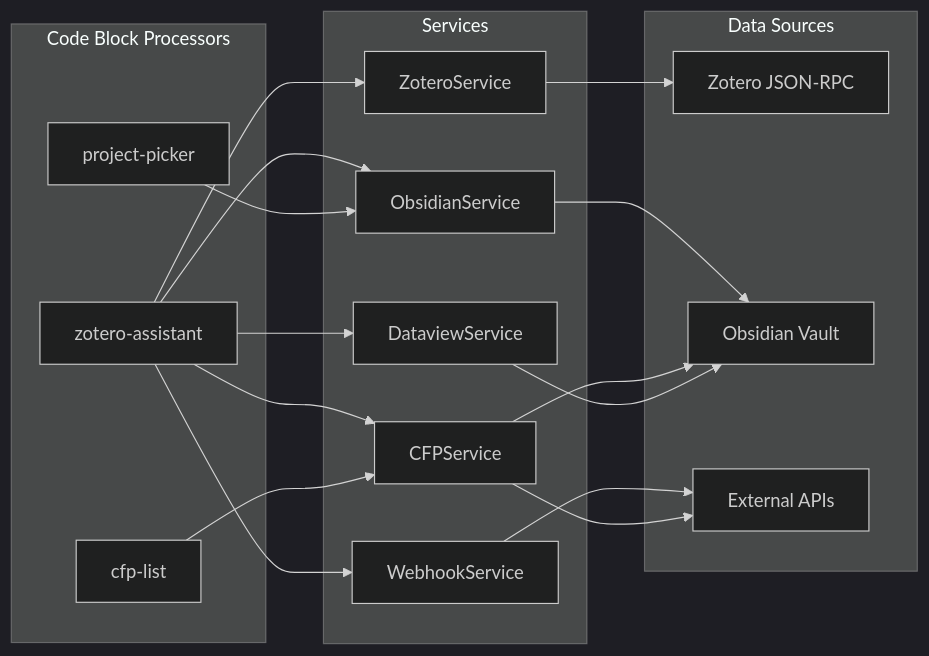
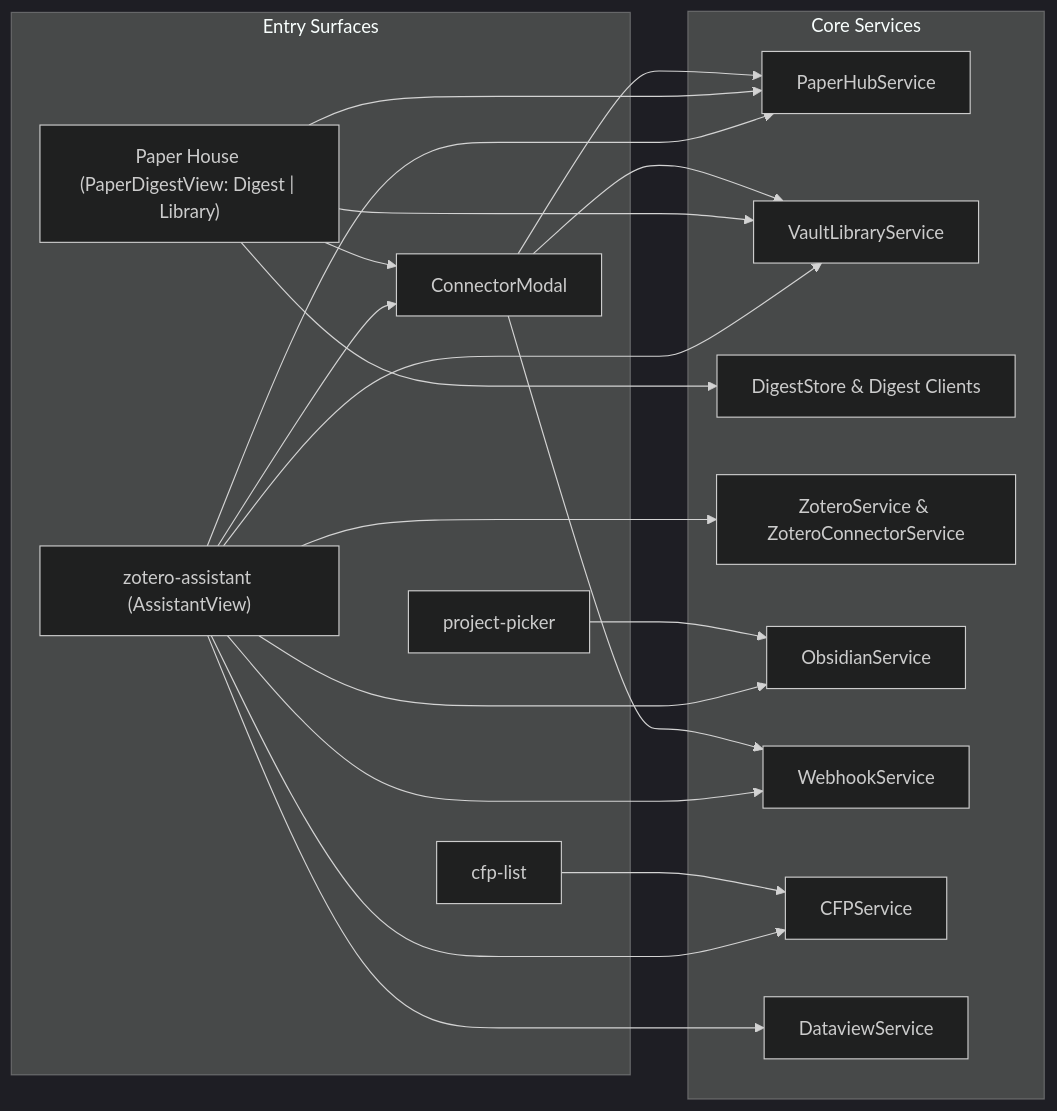
Before and after one commit to stone-home/Obsidian-Plugin-Zotero-Annotations-Reviewer: the second of 5 diagrams in docs/ARCHITECTURE.md, drawn with Mermaid (dark theme). The commit also changed other lines of this file and 122 other files, not shown here.

First line of the commit message:
feat(paper)!: unify Paper House hub, vault-backed templates/prompts, and zotero-assistant panel (#10)

````diff
--- a/docs/ARCHITECTURE.md
+++ b/docs/ARCHITECTURE.md
@@ -101,38 +114,42 @@
 ```mermaid
 flowchart LR
-    subgraph "Code Block Processors"
-        ZA[zotero-assistant]
-        PP[project-picker]
-        CL[cfp-list]
+    subgraph "Entry Surfaces"
+        ZA["zotero-assistant (AssistantView)"]
+        PH["Paper House (PaperDigestView: Digest | Library)"]
+        CM["ConnectorModal"]
+        PP["project-picker"]
+        CL["cfp-list"]
     end
-    
-    subgraph "Services"
-        ZS[ZoteroService]
-        OS[ObsidianService]
-        WS[WebhookService]
-        CS[CFPService]
-        DS[DataviewService]
+
+    subgraph "Core Services"
+        PHS["PaperHubService"]
+        VLS["VaultLibraryService"]
+        DS["DigestStore & Digest Clients"]
+        ZS["ZoteroService & ZoteroConnectorService"]
+        OS["ObsidianService"]
+        WS["WebhookService"]
+        CS["CFPService"]
+        DVS["DataviewService"]
     end
-    
-    subgraph "Data Sources"
-        ZRPC[Zotero JSON-RPC]
-        Vault[Obsidian Vault]
-        ExtAPI[External APIs]
-    end
-    
+
+    ZA --> PHS
+    ZA --> VLS
     ZA --> ZS
     ZA --> OS
     ZA --> WS
     ZA --> CS
-    ZA --> DS
-    
+    ZA --> DVS
+    ZA --> CM
+
+    PH --> DS
+    PH --> PHS
+    PH --> VLS
+    PH --> CM
+
+    CM --> PHS
+    CM --> VLS
+    CM --> WS
+
     PP --> OS
     CL --> CS
-    
-    ZS --> ZRPC
-    OS --> Vault
-    WS --> ExtAPI
-    CS --> ExtAPI
-    CS --> Vault
-    DS --> Vault
 ```
````
